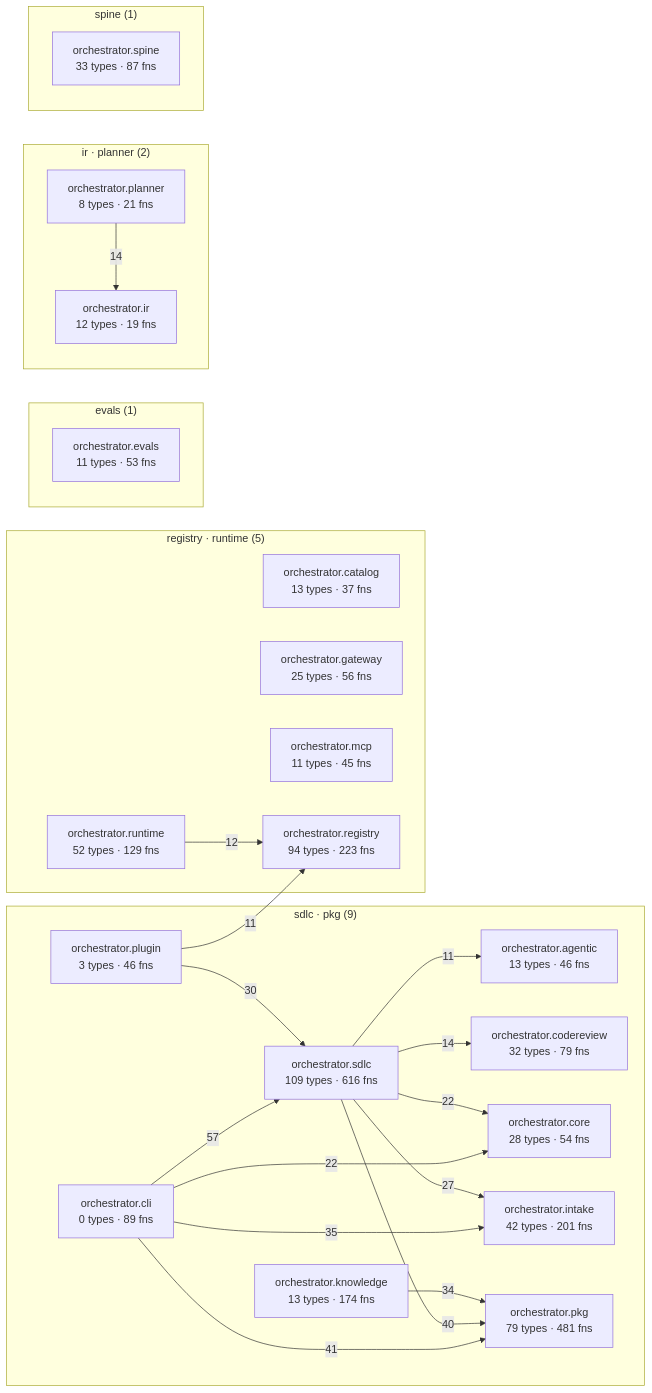
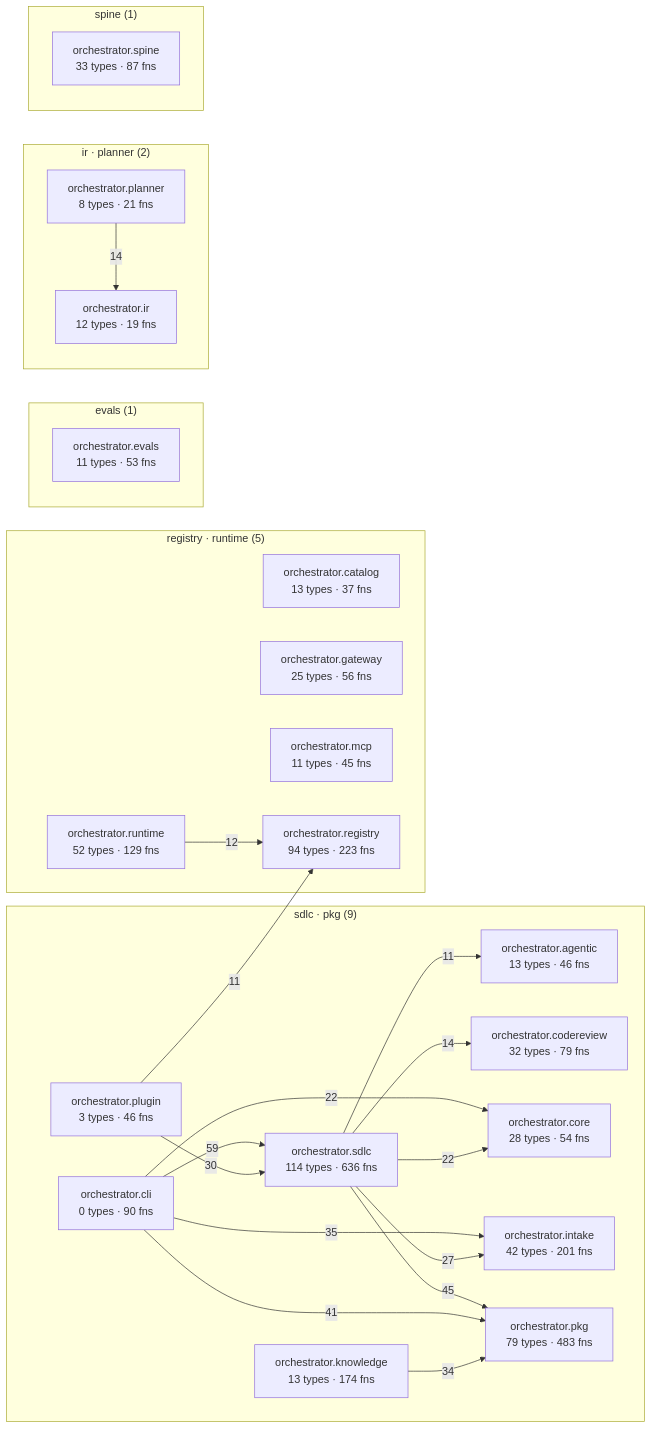
Before and after one commit to synaptixs/spine: the diagram in episteme/architecture.md, drawn with Mermaid. The commit also changed other lines of this file and 29 other files, not shown here.

````diff
--- a/episteme/architecture.md
+++ b/episteme/architecture.md
@@ -55,45 +55,45 @@
 ```mermaid
 flowchart LR
   subgraph c_1["sdlc · pkg (9)"]
     aorchestratoragentic["orchestrator.agentic<br/>13 types · 46 fns"]
-    aorchestratorcli["orchestrator.cli<br/>0 types · 89 fns"]
+    aorchestratorcli["orchestrator.cli<br/>0 types · 90 fns"]
     aorchestratorcodereview["orchestrator.codereview<br/>32 types · 79 fns"]
     aorchestratorcore["orchestrator.core<br/>28 types · 54 fns"]
     aorchestratorintake["orchestrator.intake<br/>42 types · 201 fns"]
     aorchestratorknowledge["orchestrator.knowledge<br/>13 types · 174 fns"]
-    aorchestratorpkg["orchestrator.pkg<br/>79 types · 481 fns"]
+    aorchestratorpkg["orchestrator.pkg<br/>79 types · 483 fns"]
     aorchestratorplugin["orchestrator.plugin<br/>3 types · 46 fns"]
-    aorchestratorsdlc["orchestrator.sdlc<br/>109 types · 616 fns"]
+    aorchestratorsdlc["orchestrator.sdlc<br/>114 types · 636 fns"]
   end
   subgraph c_3["registry · runtime (5)"]
     aorchestratorcatalog["orchestrator.catalog<br/>13 types · 37 fns"]
     aorchestratorgateway["orchestrator.gateway<br/>25 types · 56 fns"]
     aorchestratormcp["orchestrator.mcp<br/>11 types · 45 fns"]
     aorchestratorregistry["orchestrator.registry<br/>94 types · 223 fns"]
     aorchestratorruntime["orchestrator.runtime<br/>52 types · 129 fns"]
   end
   subgraph c_5["evals (1)"]
     aorchestratorevals["orchestrator.evals<br/>11 types · 53 fns"]
   end
   subgraph c_7["ir · planner (2)"]
     aorchestratorir["orchestrator.ir<br/>12 types · 19 fns"]
     aorchestratorplanner["orchestrator.planner<br/>8 types · 21 fns"]
   end
   subgraph c_10["spine (1)"]
     aorchestratorspine["orchestrator.spine<br/>33 types · 87 fns"]
   end
-  aorchestratorcli -->|57| aorchestratorsdlc
+  aorchestratorcli -->|59| aorchestratorsdlc
+  aorchestratorsdlc -->|45| aorchestratorpkg
   aorchestratorcli -->|41| aorchestratorpkg
-  aorchestratorsdlc -->|40| aorchestratorpkg
   aorchestratorcli -->|35| aorchestratorintake
   aorchestratorknowledge -->|34| aorchestratorpkg
   aorchestratorplugin -->|30| aorchestratorsdlc
   aorchestratorsdlc -->|27| aorchestratorintake
   aorchestratorcli -->|22| aorchestratorcore
   aorchestratorsdlc -->|22| aorchestratorcore
   aorchestratorplanner -->|14| aorchestratorir
   aorchestratorsdlc -->|14| aorchestratorcodereview
   aorchestratorruntime -->|12| aorchestratorregistry
   aorchestratorplugin -->|11| aorchestratorregistry
   aorchestratorsdlc -->|11| aorchestratoragentic
 ```
````
